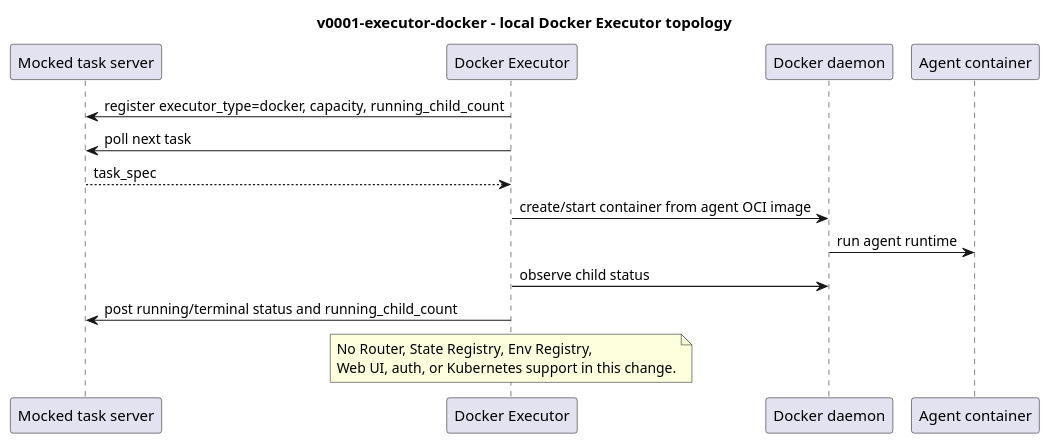
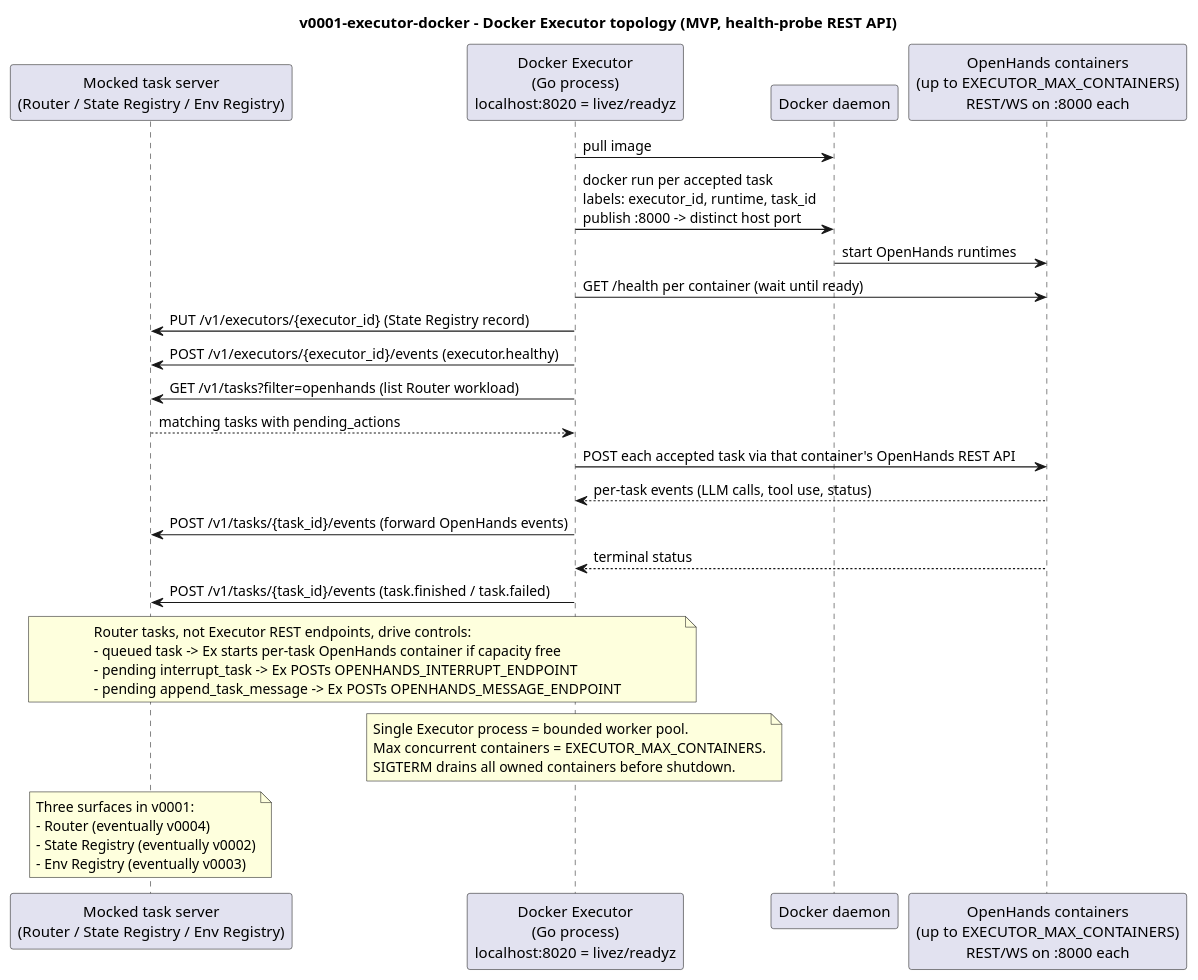
Before and after one commit to pandops/flowai: the diagram in openspec/changes/v0001-executor-docker/specs/diagrams/01-docker-executor-topology.puml, drawn with PlantUML. The commit also changed 2 other files, not shown here.

Commit message:
docs(diagrams): update docker executor flows
Ultraworked with [Sisyphus](https://github.com/code-yeongyu/oh-my-openagent)

```diff
--- a/openspec/changes/v0001-executor-docker/specs/diagrams/01-docker-executor-topology.puml
+++ b/openspec/changes/v0001-executor-docker/specs/diagrams/01-docker-executor-topology.puml
@@ -1,22 +1,43 @@
 @startuml
-title v0001-executor-docker - local Docker Executor topology
+title v0001-executor-docker - Docker Executor topology (MVP, health-probe REST API)
 
-participant "Mocked task server" as Mock
-participant "Docker Executor" as Ex
+participant "Mocked task server\n(Router / State Registry / Env Registry)" as Mock
+participant "Docker Executor\n(Go process)\nlocalhost:8020 = livez/readyz" as Ex
 participant "Docker daemon" as Docker
-participant "Agent container" as Child
+participant "OpenHands containers\n(up to EXECUTOR_MAX_CONTAINERS)\nREST/WS on :8000 each" as OH
 
-Ex -> Mock : register executor_type=docker, capacity, running_child_count
-Ex -> Mock : poll next task
-Mock --> Ex : task_spec
-Ex -> Docker : create/start container from agent OCI image
-Docker -> Child : run agent runtime
-Ex -> Docker : observe child status
-Ex -> Mock : post running/terminal status and running_child_count
+Ex -> Docker : pull image
+Ex -> Docker : docker run per accepted task\nlabels: executor_id, runtime, task_id\npublish :8000 -> distinct host port
+Docker -> OH : start OpenHands runtimes
+Ex -> OH : GET /health per container (wait until ready)
+Ex -> Mock : PUT /v1/executors/{executor_id} (State Registry record)
+Ex -> Mock : POST /v1/executors/{executor_id}/events (executor.healthy)
+Ex -> Mock : GET /v1/tasks?filter=openhands (list Router workload)
+Mock --> Ex : matching tasks with pending_actions
+Ex -> OH : POST each accepted task via that container's OpenHands REST API
+OH --> Ex : per-task events (LLM calls, tool use, status)
+Ex -> Mock : POST /v1/tasks/{task_id}/events (forward OpenHands events)
+OH --> Ex : terminal status
+Ex -> Mock : POST /v1/tasks/{task_id}/events (task.finished / task.failed)
+
+note over Mock, Ex
+  Router tasks, not Executor REST endpoints, drive controls:
+  - queued task -> Ex starts per-task OpenHands container if capacity free
+  - pending interrupt_task -> Ex POSTs OPENHANDS_INTERRUPT_ENDPOINT
+  - pending append_task_message -> Ex POSTs OPENHANDS_MESSAGE_ENDPOINT
+end note
 
 note over Ex
-  No Router, State Registry, Env Registry,
-  Web UI, auth, or Kubernetes support in this change.
+  Single Executor process = bounded worker pool.
+  Max concurrent containers = EXECUTOR_MAX_CONTAINERS.
+  SIGTERM drains all owned containers before shutdown.
+end note
+
+note over Mock
+  Three surfaces in v0001:
+  - Router (eventually v0004)
+  - State Registry (eventually v0002)
+  - Env Registry (eventually v0003)
 end note
 
 @enduml
```
